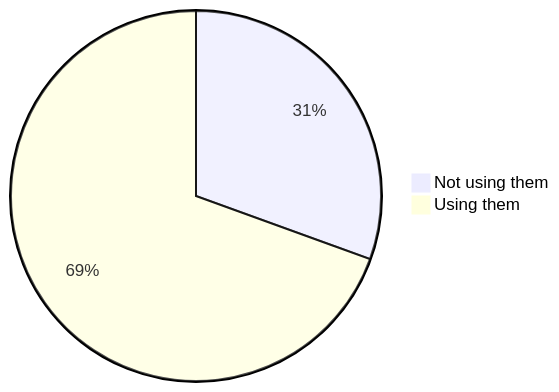
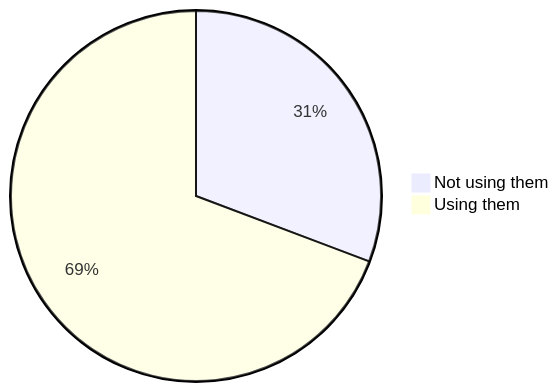
One commit to oshp/oshp-stats changed the first of 22 diagrams in stats.md. Above: the diagram before and after it, drawn with Mermaid. The commit also changed other lines of this file, not shown here.

````diff
--- a/stats.md
+++ b/stats.md
@@ -10,6 +10,6 @@
 ```mermaid
 pie
-	"Not using them" : 30.53
-	"Using them" : 69.47
+	"Not using them" : 30.75
+	"Using them" : 69.25
 
 ```
````
